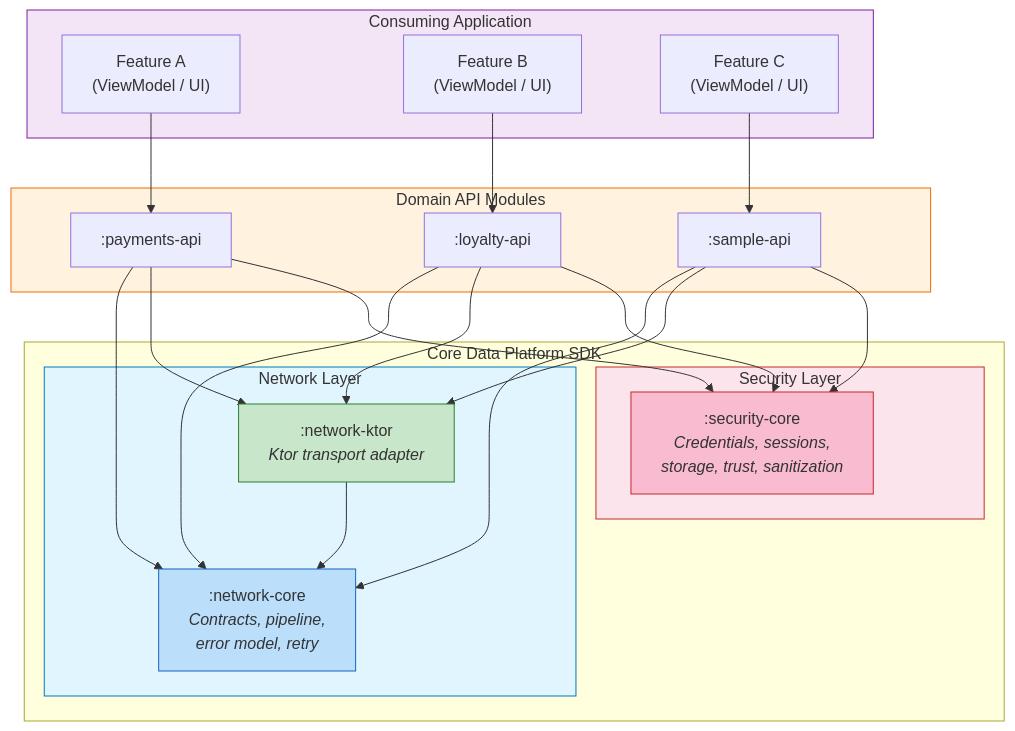
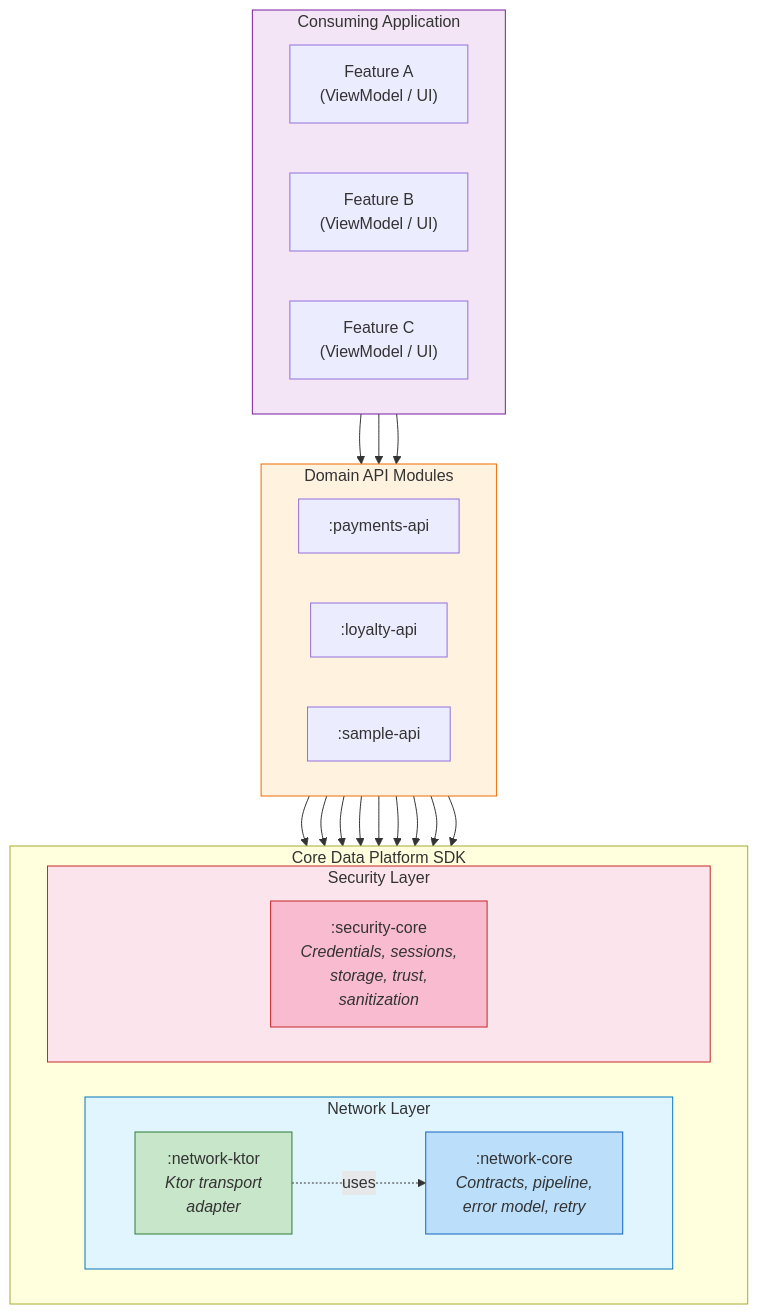
Before and after one commit to DanCrRdz93/core-data-platform: the diagram in docs/diagrams/mmd/01-general-architecture.mmd, drawn with Mermaid. The commit also changed 18 other files, not shown here.

Commit message:
upgrade diagrams

```diff
--- a/docs/diagrams/mmd/01-general-architecture.mmd
+++ b/docs/diagrams/mmd/01-general-architecture.mmd
@@ -1,47 +1,45 @@
 graph TD
     subgraph Application["Consuming Application"]
+        direction LR
         F1["Feature A<br/>(ViewModel / UI)"]
         F2["Feature B<br/>(ViewModel / UI)"]
         F3["Feature C<br/>(ViewModel / UI)"]
     end
 
     subgraph Domain["Domain API Modules"]
+        direction LR
         DA[":payments-api"]
         DB[":loyalty-api"]
         DC[":sample-api"]
     end
 
     subgraph SDK["Core Data Platform SDK"]
+        direction LR
         subgraph Network["Network Layer"]
+            direction LR
             NC[":network-core<br/><i>Contracts, pipeline,<br/>error model, retry</i>"]
-            NK[":network-ktor<br/><i>Ktor transport adapter</i>"]
+            NK[":network-ktor<br/><i>Ktor transport<br/>adapter</i>"]
         end
 
         subgraph Security["Security Layer"]
-            SC[":security-core<br/><i>Credentials, sessions,<br/>storage, trust, sanitization</i>"]
+            SC[":security-core<br/><i>Credentials, sessions,<br/>storage, trust,<br/>sanitization</i>"]
         end
     end
 
     F1 --> DA
     F2 --> DB
     F3 --> DC
 
-    DA --> NC
-    DA --> NK
-    DA --> SC
-    DB --> NC
-    DB --> NK
-    DB --> SC
-    DC --> NC
-    DC --> NK
-    DC --> SC
+    DA & DB & DC --> NC
+    DA & DB & DC --> NK
+    DA & DB & DC --> SC
 
-    NK --> NC
+    NK -.->|uses| NC
 
     style Application fill:#f3e5f5,stroke:#7b1fa2
     style Domain fill:#fff3e0,stroke:#ef6c00
     style Network fill:#e1f5fe,stroke:#0277bd
     style Security fill:#fce4ec,stroke:#c62828
     style NC fill:#bbdefb,stroke:#1565c0
     style NK fill:#c8e6c9,stroke:#2e7d32
     style SC fill:#f8bbd0,stroke:#c62828
```
